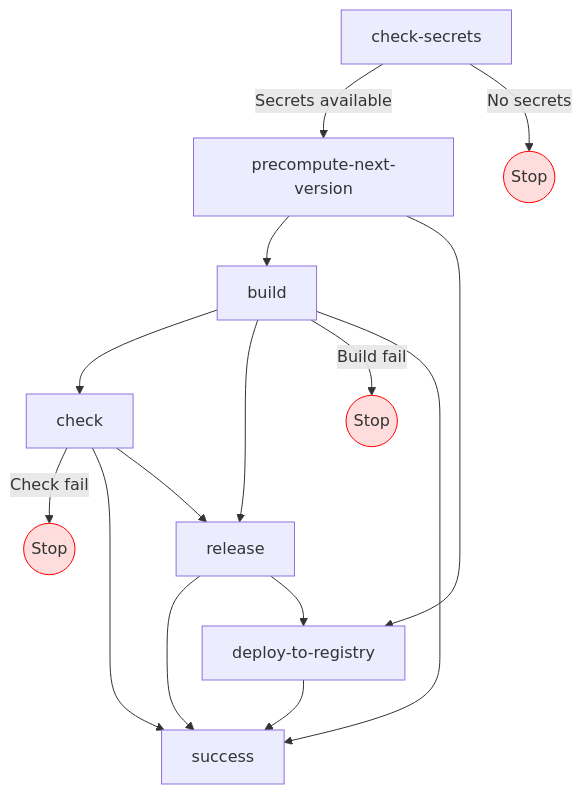
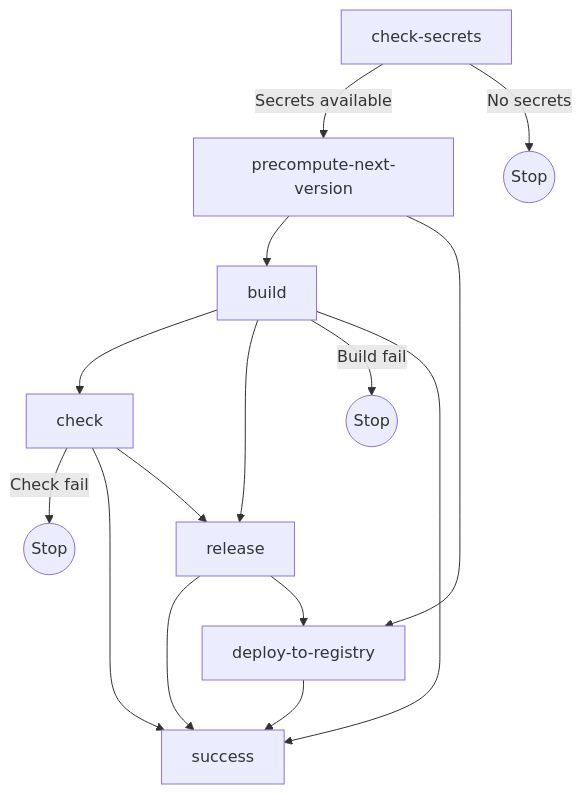
Before and after one commit to mini-roostico/subjekt-doc: the third of 4 diagrams in Writerside/topics/DevOps.md, drawn with Mermaid. The commit also changed other lines of this file, not shown here.

````diff
--- a/Writerside/topics/DevOps.md
+++ b/Writerside/topics/DevOps.md
@@ -88,23 +87,19 @@
 ```mermaid
 graph TD;
   check-secrets -->|Secrets available| precompute-next-version;
   check-secrets -->|No secrets| stop1((Stop));
   
   precompute-next-version --> build;
   build --> check;
   
   build --> release;
   build --> |Build fail| stop2((Stop));
   precompute-next-version --> deploy-to-registry;
   deploy-to-registry --> success;
   build --> success;
   check --> |Check fail| stop3((Stop));
   check --> success;
   check --> release;
   release --> success;
   release --> deploy-to-registry;
-  
-  style stop1 fill:#fdd,stroke:#f00;
-  style stop2 fill:#fdd,stroke:#f00;
-  style stop3 fill:#fdd,stroke:#f00;
 ```
````
